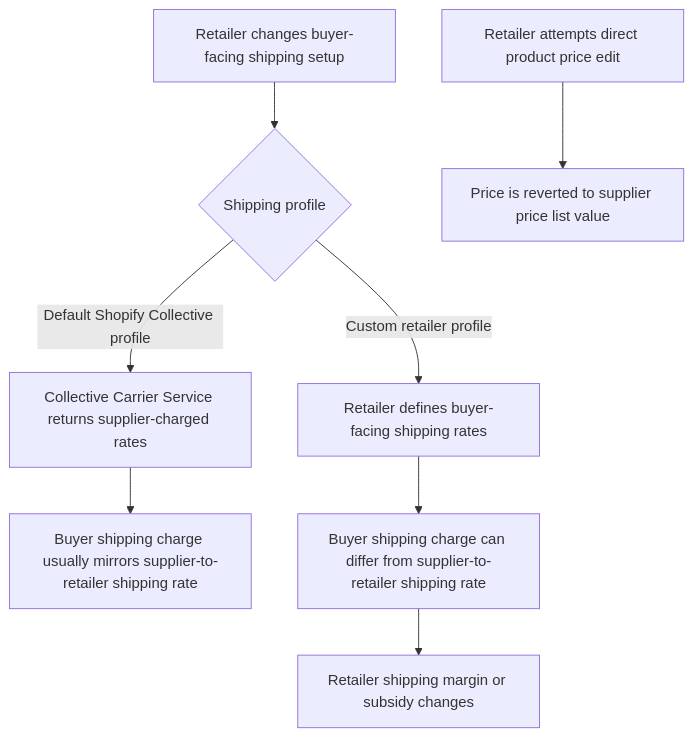
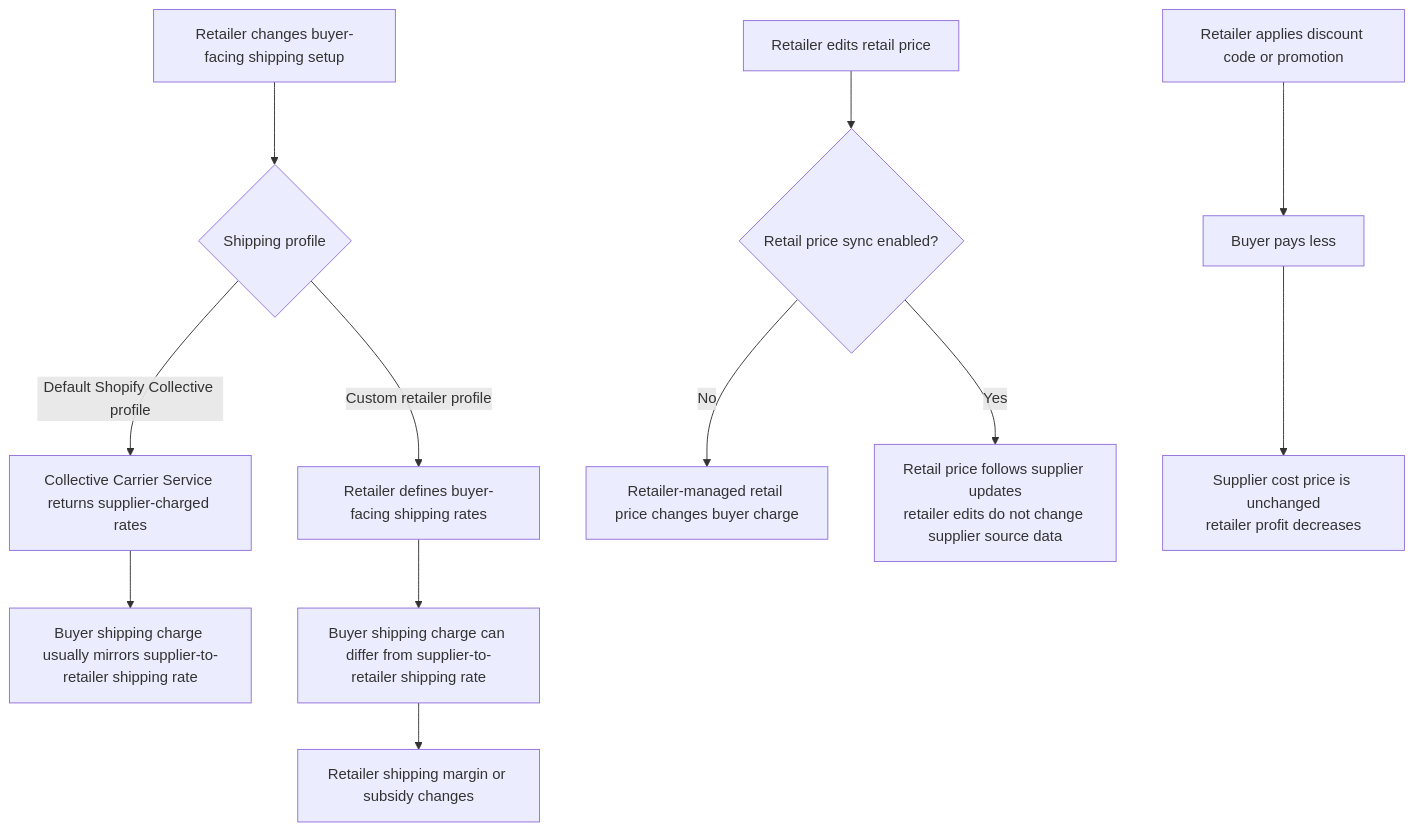
Before and after one commit to shopify-apac-ts/shopify-technical-docs: the ninth of 9 diagrams in products/shopify-collective/architecture.md, drawn with Mermaid. The commit also changed other lines of this file and 4 other files, not shown here.

````diff
--- a/products/shopify-collective/architecture.md
+++ b/products/shopify-collective/architecture.md
@@ -270,11 +276,16 @@
 ```mermaid
 flowchart TD
     A["Retailer changes buyer-facing shipping setup"] --> B{"Shipping profile"}
     B -->|"Default Shopify Collective profile"| C["Collective Carrier Service returns supplier-charged rates"]
     B -->|"Custom retailer profile"| D["Retailer defines buyer-facing shipping rates"]
     C --> E["Buyer shipping charge usually mirrors supplier-to-retailer shipping rate"]
     D --> F["Buyer shipping charge can differ from supplier-to-retailer shipping rate"]
     F --> G["Retailer shipping margin or subsidy changes"]
 
-    H["Retailer attempts direct product price edit"] --> I["Price is reverted to supplier price list value"]
+    H["Retailer edits retail price"] --> I{"Retail price sync enabled?"}
+    I -->|"No"| J["Retailer-managed retail price changes buyer charge"]
+    I -->|"Yes"| K["Retail price follows supplier updates<br/>retailer edits do not change supplier source data"]
+
+    L["Retailer applies discount code or promotion"] --> M["Buyer pays less"]
+    M --> N["Supplier cost price is unchanged<br/>retailer profit decreases"]
 ```
````
